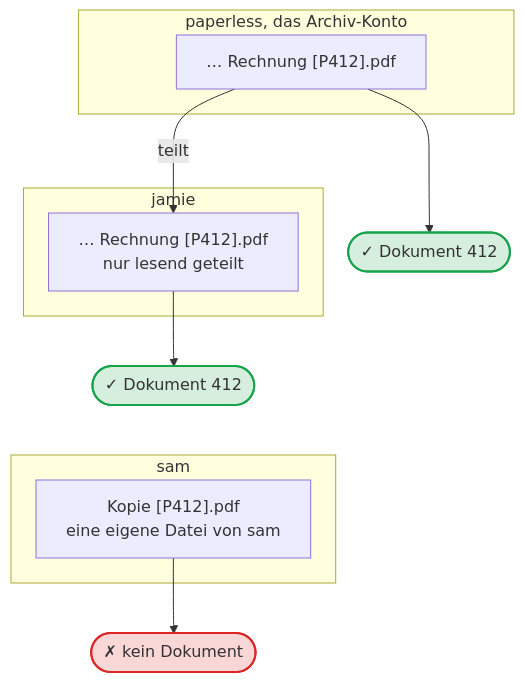
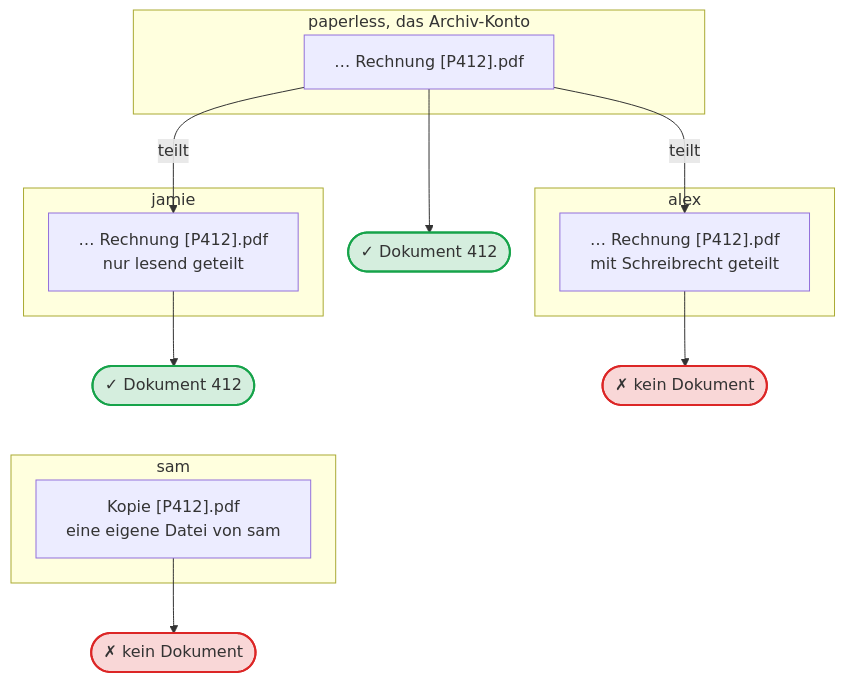
Before and after one commit to Dennis-Otto/paperless-unified-search: the diagram in docs/diagrams/who-sees-document-412.de.mmd, drawn with Mermaid. The commit also changed 60 other files, not shown here.

```diff
--- a/docs/diagrams/who-sees-document-412.de.mmd
+++ b/docs/diagrams/who-sees-document-412.de.mmd
@@ -1,33 +1,39 @@
 ---
 config:
   flowchart:
     wrappingWidth: 400
     nodeSpacing: 30
 ---
 flowchart TB
     accTitle: Wer Dokument 412 sieht
-    accDescr: Dem Archiv-Konto paperless gehört die Datei Rechnung [P412].pdf, und es sieht Dokument 412. Es teilt die Datei nur lesend mit jamie, und jamie sieht Dokument 412 ebenfalls. sam hat eine eigene Datei namens Kopie [P412].pdf; sie ist keine Datei des Archiv-Kontos, also sieht sam kein Dokument.
+    accDescr: Dem Archiv-Konto paperless gehört die Datei Rechnung [P412].pdf, und es sieht Dokument 412. Es teilt die Datei nur lesend mit jamie, und jamie sieht Dokument 412 ebenfalls. Es teilt die Datei mit alex mit Schreibrecht, also könnte alex sie so benannt haben und sieht kein Dokument. sam hat eine eigene Datei namens Kopie [P412].pdf; sie ist keine Datei des Archiv-Kontos, also sieht sam kein Dokument.
 
     subgraph owner ["paperless, das Archiv-Konto"]
         own["… Rechnung [P412].pdf"]
     end
     subgraph reader ["jamie"]
         shared["… Rechnung [P412].pdf<br>nur lesend geteilt"]
     end
+    subgraph writer ["alex"]
+        writable["… Rechnung [P412].pdf<br>mit Schreibrecht geteilt"]
+    end
     subgraph other ["sam"]
         copy["Kopie [P412].pdf<br>eine eigene Datei von sam"]
     end
     seen1(["✓ Dokument 412"])
     seen2(["✓ Dokument 412"])
     unseen(["✗ kein Dokument"])
+    unwritten(["✗ kein Dokument"])
 
     own -- "teilt" --> shared
+    own -- "teilt" --> writable
+    writable --> unwritten
     own --> seen1
     shared --> seen2
     seen2 ~~~ copy
     copy --> unseen
 
     classDef yes fill:#16a34a2e,stroke:#16a34a,stroke-width:2px
     classDef no fill:#dc26262e,stroke:#dc2626,stroke-width:2px
     class seen1,seen2 yes
-    class unseen no
+    class unseen,unwritten no
```
